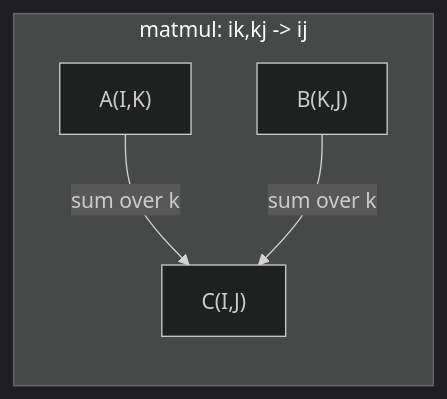
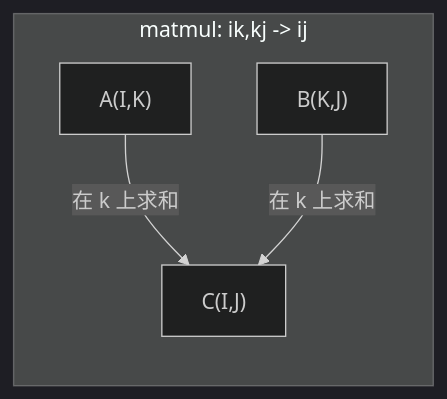
One commit to guangningsun/ailearning changed the fourth of 4 diagrams in lessons/01-math-foundations/12-tensor-operations/docs/zh.md. Above: the diagram before and after it, drawn with Mermaid (dark theme). The commit also changed other lines of this file and 53 other files, not shown here.

````diff
--- a/lessons/01-math-foundations/12-tensor-operations/docs/zh.md
+++ b/lessons/01-math-foundations/12-tensor-operations/docs/zh.md
@@ -94,7 +94,7 @@
 ```mermaid
 graph LR
     subgraph "matmul: ik,kj -> ij"
-        A["A(I,K)"] --> |"sum over k"| C["C(I,J)"]
-        B["B(K,J)"] --> |"sum over k"| C
+        A["A(I,K)"] --> |"在 k 上求和"| C["C(I,J)"]
+        B["B(K,J)"] --> |"在 k 上求和"| C
     end
 ```
````
